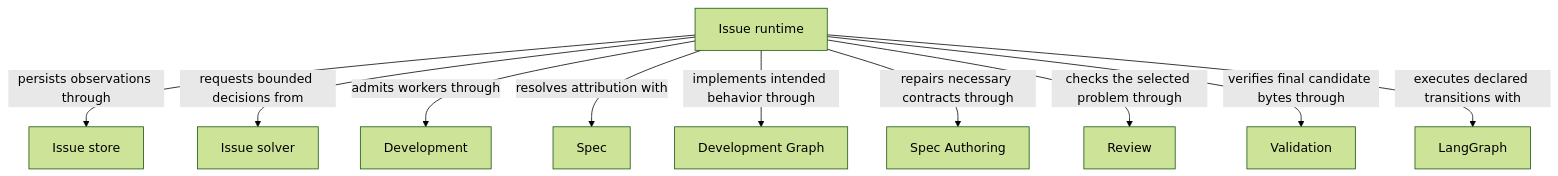
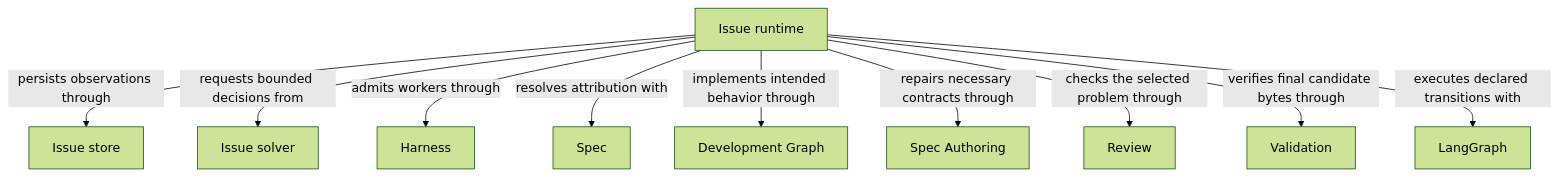
One commit to FTOD/concorde changed the diagram in specs/concorde/issues/module.md. Above: the diagram before and after it, drawn with Mermaid (forest theme). The commit also changed other lines of this file and 82 other files, not shown here.

````diff
--- a/specs/concorde/issues/module.md
+++ b/specs/concorde/issues/module.md
@@ -80,24 +80,24 @@
 ```mermaid
 flowchart TB
     accTitle: Issue reporting and solving
     accDescr: The runtime stores classified observations, binds a solver decision and uses ordinary development, Spec repair, review and validation without automatic delivery.
     runtime["Issue runtime"]
     store["Issue store"]
     solver["Issue solver"]
-    development["Development"]
+    harness["Harness"]
     spec["Spec"]
     loop["Development Graph"]
     author["Spec Authoring"]
     review["Review"]
     validation["Validation"]
     langgraph["LangGraph"]
     runtime -->|persists observations through| store
     runtime -->|requests bounded decisions from| solver
-    runtime -->|admits workers through| development
+    runtime -->|admits workers through| harness
     runtime -->|resolves attribution with| spec
     runtime -->|implements intended behavior through| loop
     runtime -->|repairs necessary contracts through| author
     runtime -->|checks the selected problem through| review
     runtime -->|verifies final candidate bytes through| validation
     runtime -->|executes declared transitions with| langgraph
 ```
````
